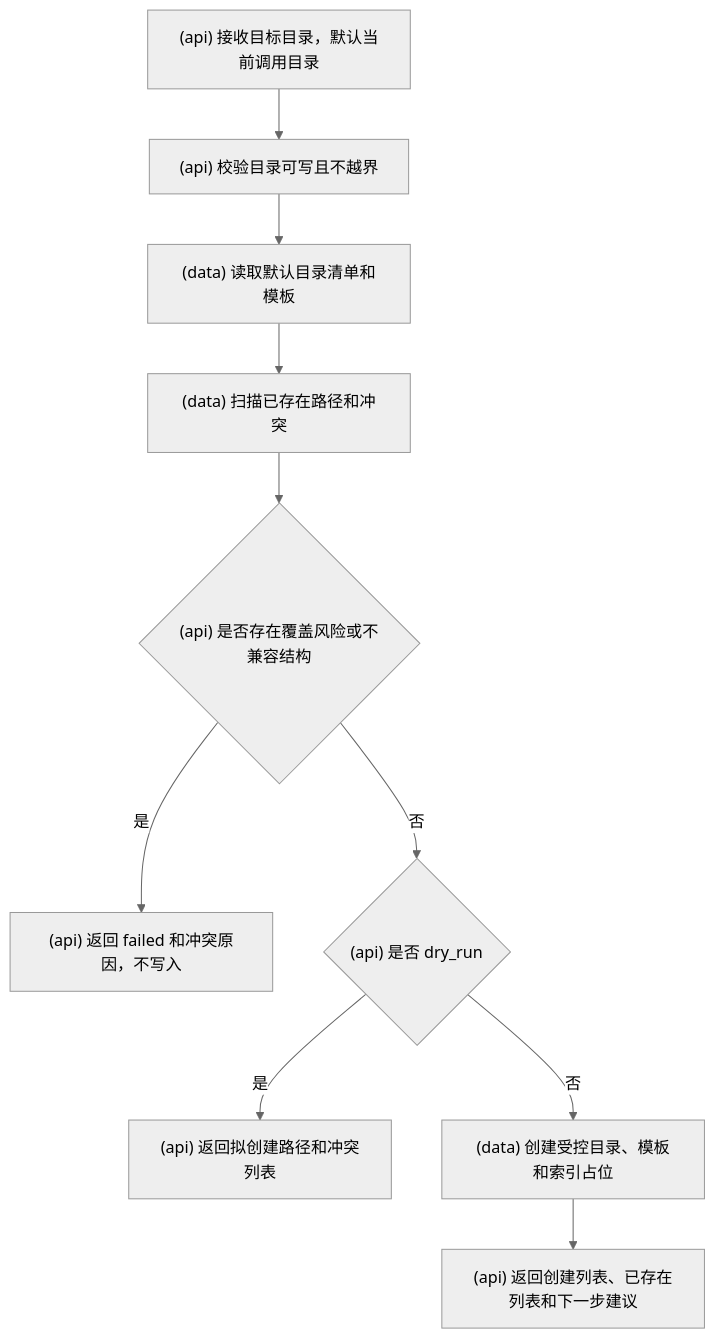
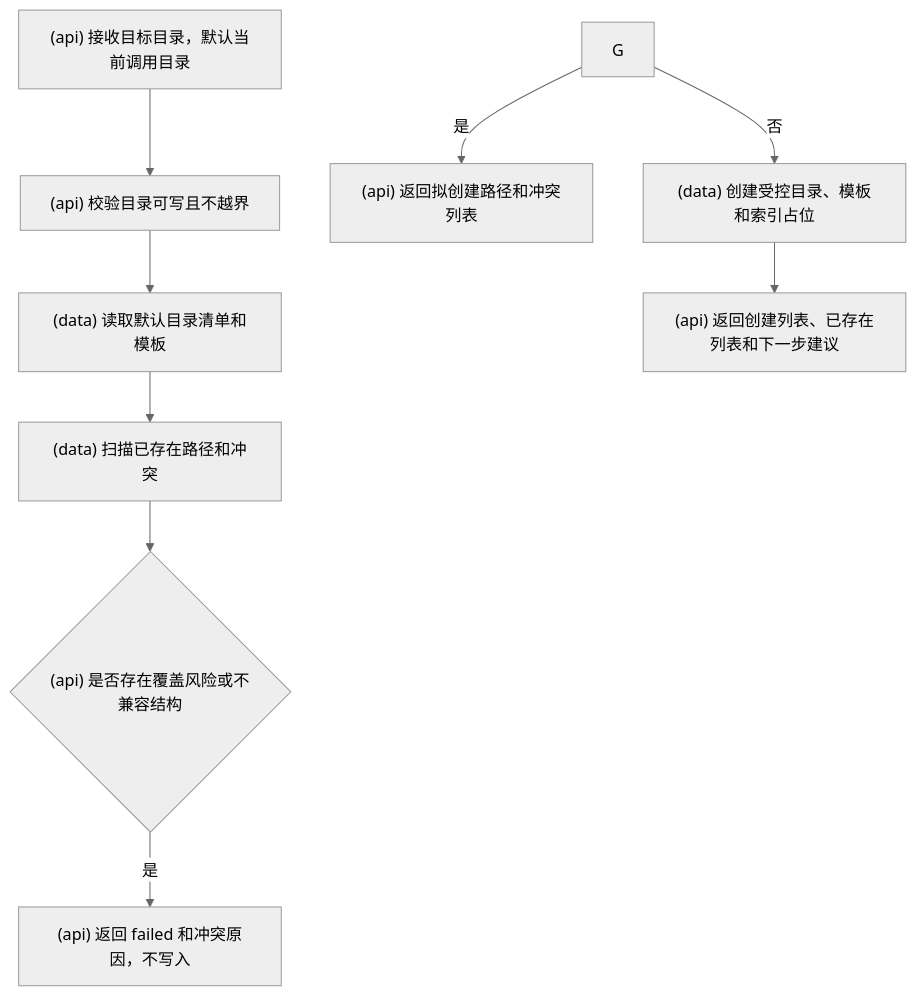
Before and after one commit to srangerme/KBManager: the first of 21 diagrams in docs/流程图.md, drawn with Mermaid (neutral theme). The commit also changed other lines of this file and 24 other files, not shown here.

Commit message:
remove entry point and dry run

````diff
--- a/docs/流程图.md
+++ b/docs/流程图.md
@@ -45,12 +42,11 @@
 ```mermaid
 flowchart TD
   A["(api) 接收目标目录，默认当前调用目录"] --> B["(api) 校验目录可写且不越界"]
   B --> C["(data) 读取默认目录清单和模板"]
   C --> D["(data) 扫描已存在路径和冲突"]
   D --> E{"(api) 是否存在覆盖风险或不兼容结构"}
   E -- 是 --> F["(api) 返回 failed 和冲突原因，不写入"]
-  E -- 否 --> G{"(api) 是否 dry_run"}
   G -- 是 --> H["(api) 返回拟创建路径和冲突列表"]
   G -- 否 --> I["(data) 创建受控目录、模板和索引占位"]
   I --> J["(api) 返回创建列表、已存在列表和下一步建议"]
 ```
````
